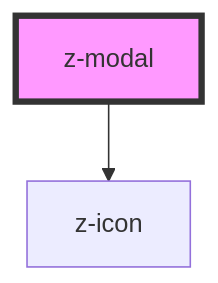
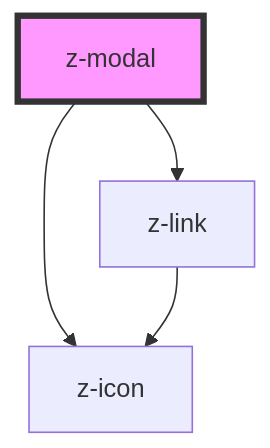
One commit to ZanichelliEditore/design-system changed the diagram in web-components-library/src/components/z-modal/readme.md. Above: the diagram before and after it, drawn with Mermaid. The commit also changed other lines of this file and 1 other file, not shown here.

````diff
--- a/web-components-library/src/components/z-modal/readme.md
+++ b/web-components-library/src/components/z-modal/readme.md
@@ -31,5 +33,7 @@
 ```mermaid
 graph TD;
+  z-modal --> z-link
   z-modal --> z-icon
+  z-link --> z-icon
   style z-modal fill:#f9f,stroke:#333,stroke-width:4px
 ```
````
